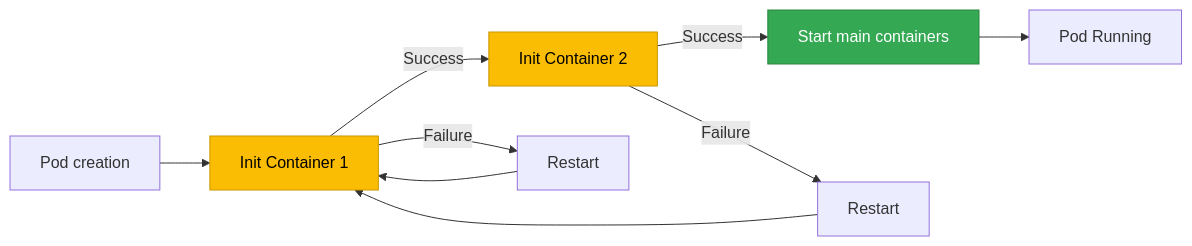
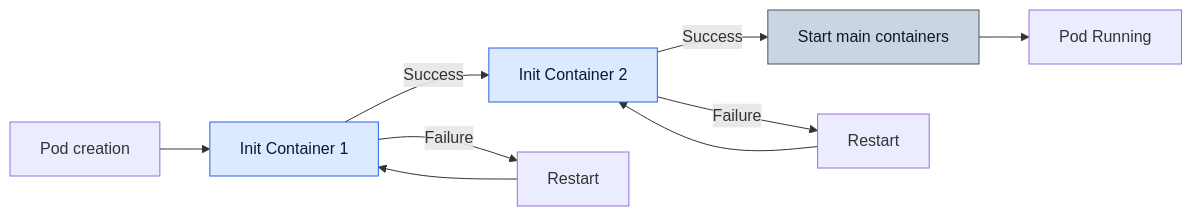
The diagram in i18n/en/docusaurus-plugin-content-docs/current/eks-best-practices/operations-reliability/pod-lifecycle/init-containers.md (devfloor9/engineering-playbook), drawn with Mermaid before and after one commit. The commit also changed other lines of this file and 2 other files, not shown here.

First line of the commit message:
Correct init container retries and prerequisite checks

````diff
--- a/i18n/en/docusaurus-plugin-content-docs/current/eks-best-practices/operations-reliability/pod-lifecycle/init-containers.md
+++ b/i18n/en/docusaurus-plugin-content-docs/current/eks-best-practices/operations-reliability/pod-lifecycle/init-containers.md
@@ -32,17 +34,17 @@
 ```mermaid
 flowchart LR
     START[Pod creation] --> INIT1[Init Container 1]
     INIT1 -->|Success| INIT2[Init Container 2]
     INIT1 -->|Failure| RESTART1[Restart]
     RESTART1 --> INIT1
 
     INIT2 -->|Success| MAIN[Start main containers]
     INIT2 -->|Failure| RESTART2[Restart]
-    RESTART2 --> INIT1
+    RESTART2 --> INIT2
 
     MAIN --> RUNNING[Pod Running]
 
-    style INIT1 fill:#fbbc04,stroke:#c99603,color:#000
-    style INIT2 fill:#fbbc04,stroke:#c99603,color:#000
-    style MAIN fill:#34a853,stroke:#2a8642,color:#fff
+    style INIT1 fill:#dbeafe,stroke:#2563eb,color:#0f172a
+    style INIT2 fill:#dbeafe,stroke:#2563eb,color:#0f172a
+    style MAIN fill:#cbd5e1,stroke:#475569,color:#0f172a
 ```
````
